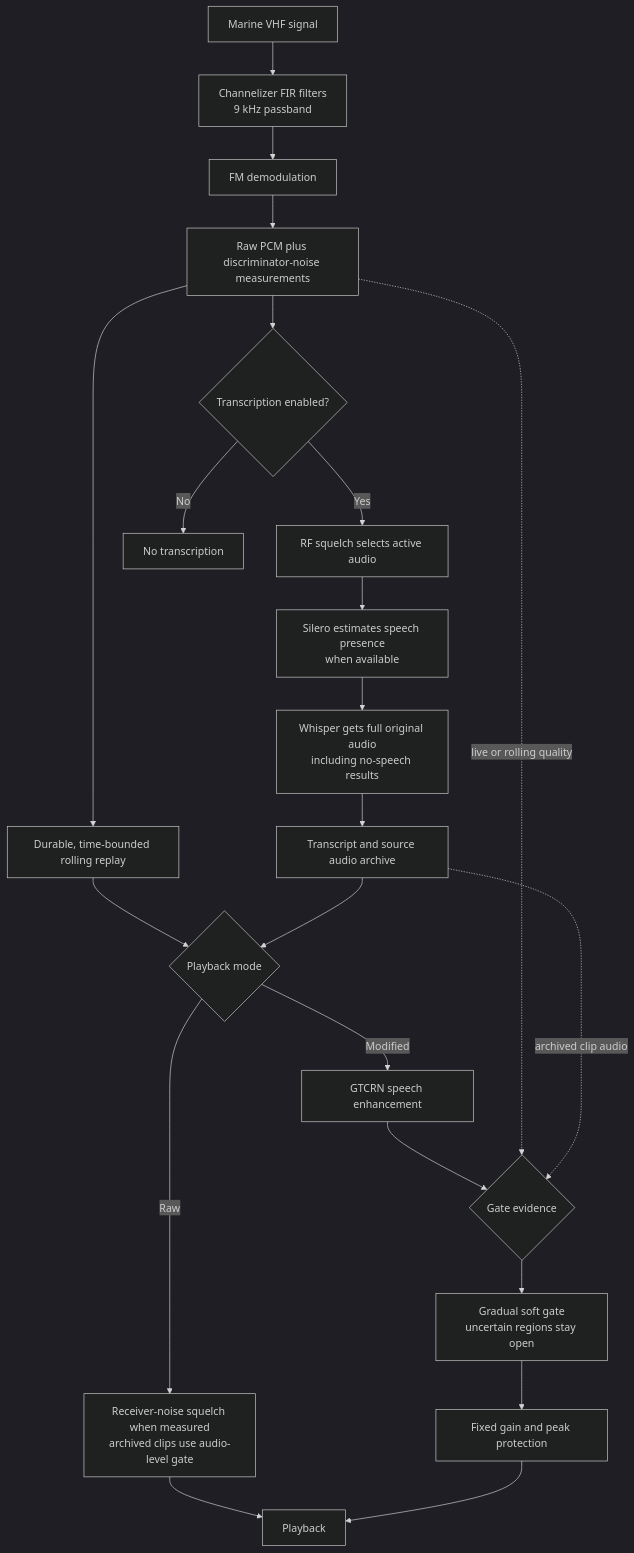
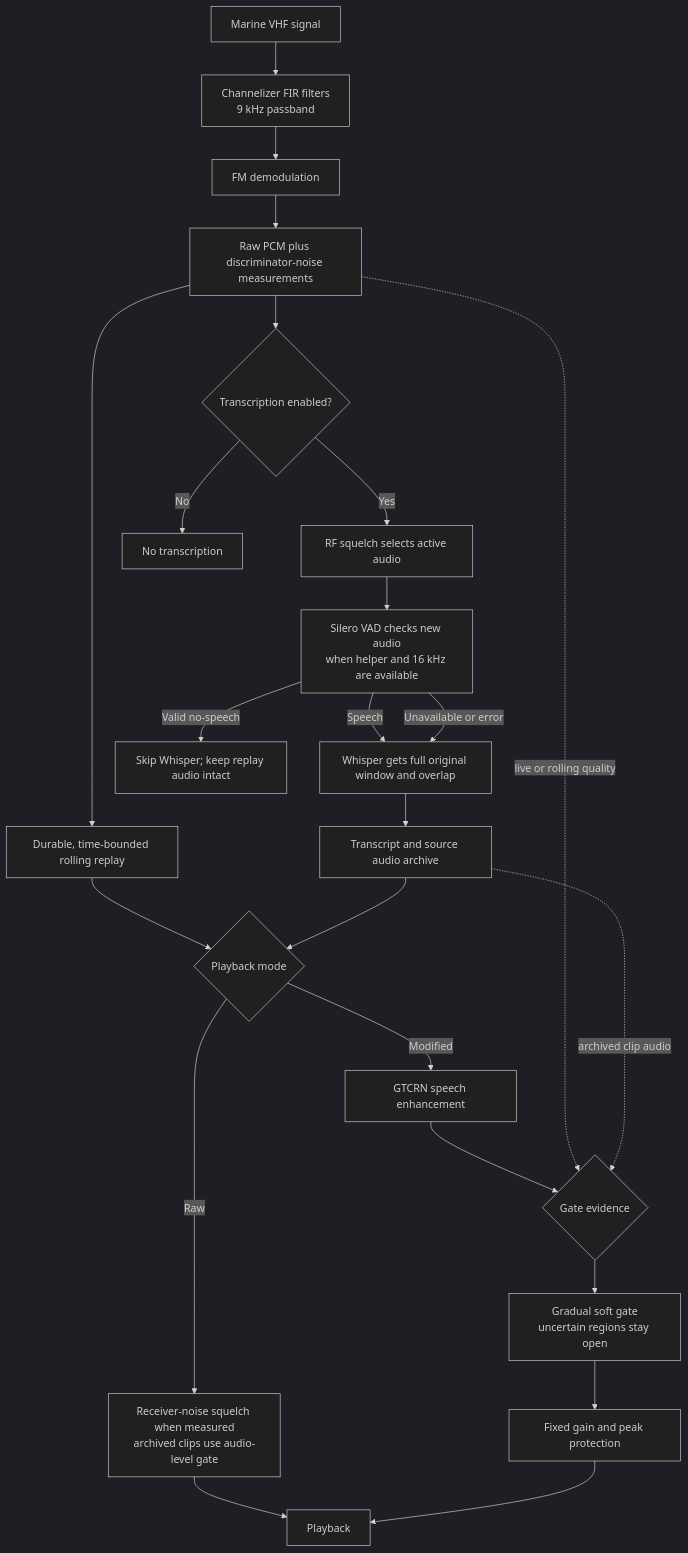
One commit to zph/signalk-vhf-watch changed the diagram in README.md. Above: the diagram before and after it, drawn with Mermaid (dark theme). The commit also changed other lines of this file and 2 other files, not shown here.

Commit message:
feat: gate live VHF transcription with Silero

````diff
--- a/README.md
+++ b/README.md
@@ -177,24 +177,26 @@
 ```mermaid
 flowchart TD
     A[Marine VHF signal] --> B[Channelizer FIR filters<br/>9 kHz passband]
     B --> C[FM demodulation]
     C --> D[Raw PCM plus discriminator-noise measurements]
     D --> E[Durable, time-bounded rolling replay]
     E --> F{Playback mode}
     F -->|Raw| G[Receiver-noise squelch when measured<br/>archived clips use audio-level gate]
     G --> H[Playback]
     F -->|Modified| I[GTCRN speech enhancement]
     I --> J{Gate evidence}
     D -. live or rolling quality .-> J
     Q -. archived clip audio .-> J
     J --> K[Gradual soft gate<br/>uncertain regions stay open]
     K --> L[Fixed gain and peak protection]
     L --> H
     D --> M{Transcription enabled?}
     M -->|Yes| N[RF squelch selects active audio]
-    N --> O[Silero estimates speech presence<br/>when available]
-    O --> P[Whisper gets full original audio<br/>including no-speech results]
+    N --> O[Silero VAD checks new audio<br/>when helper and 16 kHz are available]
+    O -->|Speech| P[Whisper gets full original window and overlap]
+    O -->|Valid no-speech| S[Skip Whisper; keep replay audio intact]
+    O -->|Unavailable or error| P
     P --> Q[Transcript and source audio archive]
     Q --> F
     M -->|No| R[No transcription]
 ```
````
